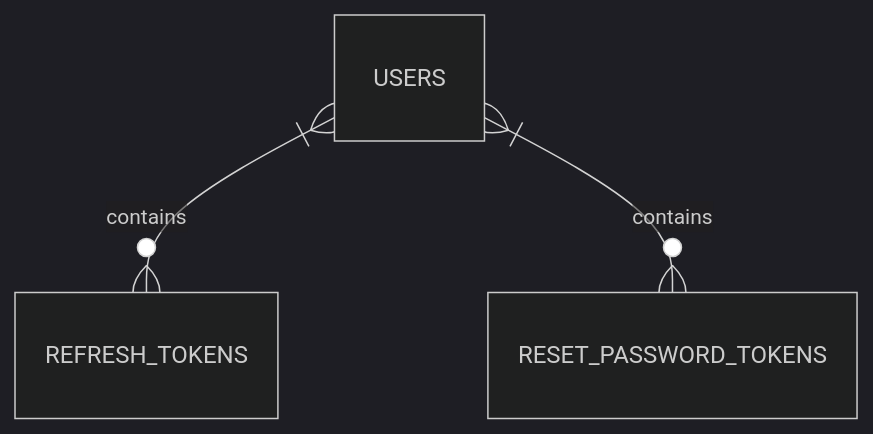
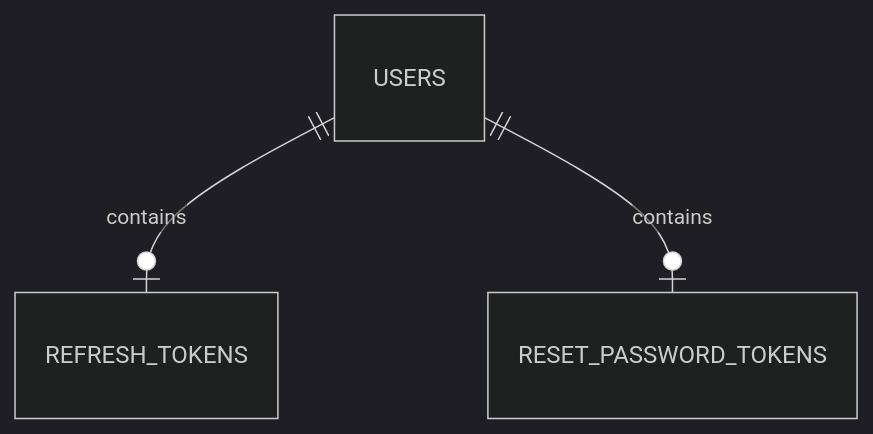
Before and after one commit to DelanoAlmeidaFilho/nodejs-reset-password: the diagram in README.md, drawn with Mermaid (dark theme). The commit also changed other lines of this file, not shown here.

````diff
--- a/README.md
+++ b/README.md
@@ -5,5 +5,5 @@
 ```mermaid
 erDiagram
-    USERS }|--o{ REFRESH_TOKENS : contains
-    USERS }|--o{ RESET_PASSWORD_TOKENS : contains
+    USERS ||--o| REFRESH_TOKENS : contains
+    USERS ||--o| RESET_PASSWORD_TOKENS : contains
 ```
````
